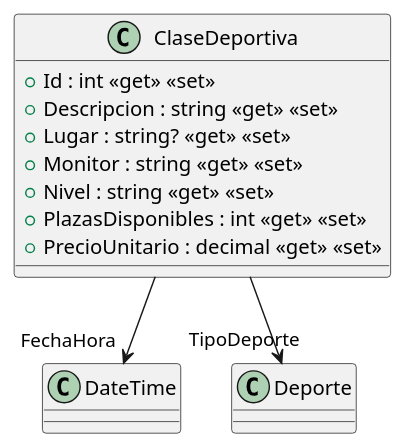
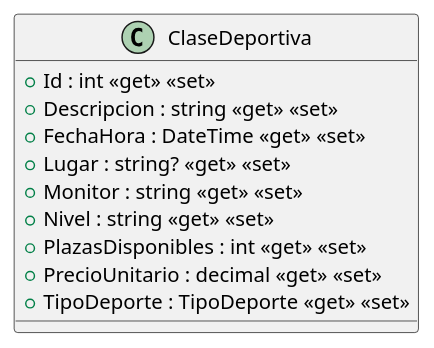
Before and after one commit to EQUIPO-AJR-IS-2/ISII2627EquipoAJR: the diagram in src/AppForSEII.API/ClassDiagram/ClaseDeportiva.puml, drawn with PlantUML. The commit also changed 4 other files, not shown here.

Commit message:
Actualización de los archivos .puml del diagrama

```diff
--- a/src/AppForSEII.API/ClassDiagram/ClaseDeportiva.puml
+++ b/src/AppForSEII.API/ClassDiagram/ClaseDeportiva.puml
@@ -1,13 +1,13 @@
 @startuml
 class ClaseDeportiva {
     + Id : int <<get>> <<set>>
     + Descripcion : string <<get>> <<set>>
+    + FechaHora : DateTime <<get>> <<set>>
     + Lugar : string? <<get>> <<set>>
     + Monitor : string <<get>> <<set>>
     + Nivel : string <<get>> <<set>>
     + PlazasDisponibles : int <<get>> <<set>>
     + PrecioUnitario : decimal <<get>> <<set>>
+    + TipoDeporte : TipoDeporte <<get>> <<set>>
 }
-ClaseDeportiva --> "FechaHora" DateTime
-ClaseDeportiva --> "TipoDeporte" Deporte
 @enduml
```
